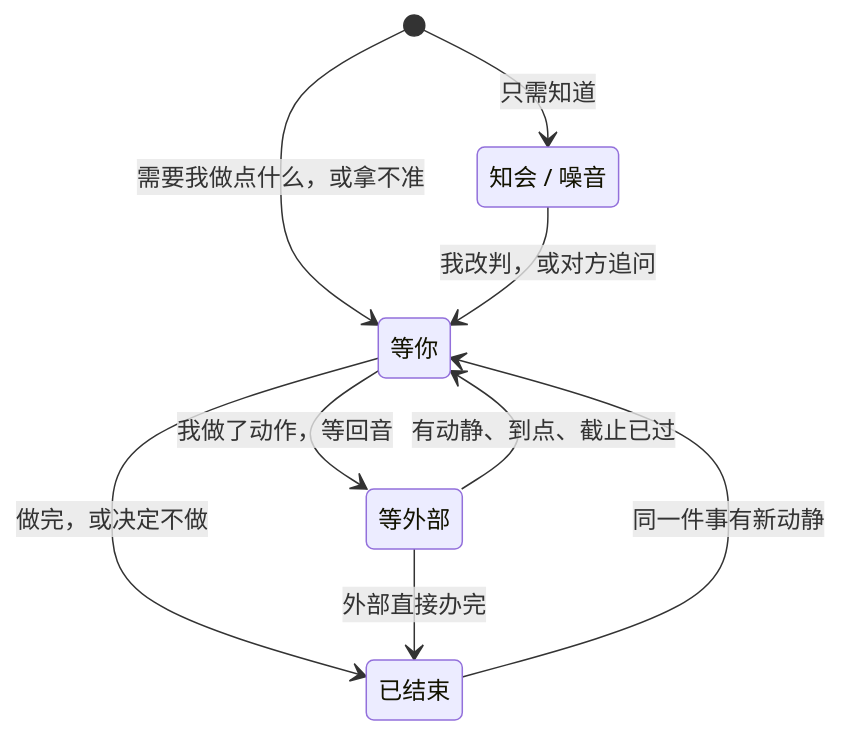
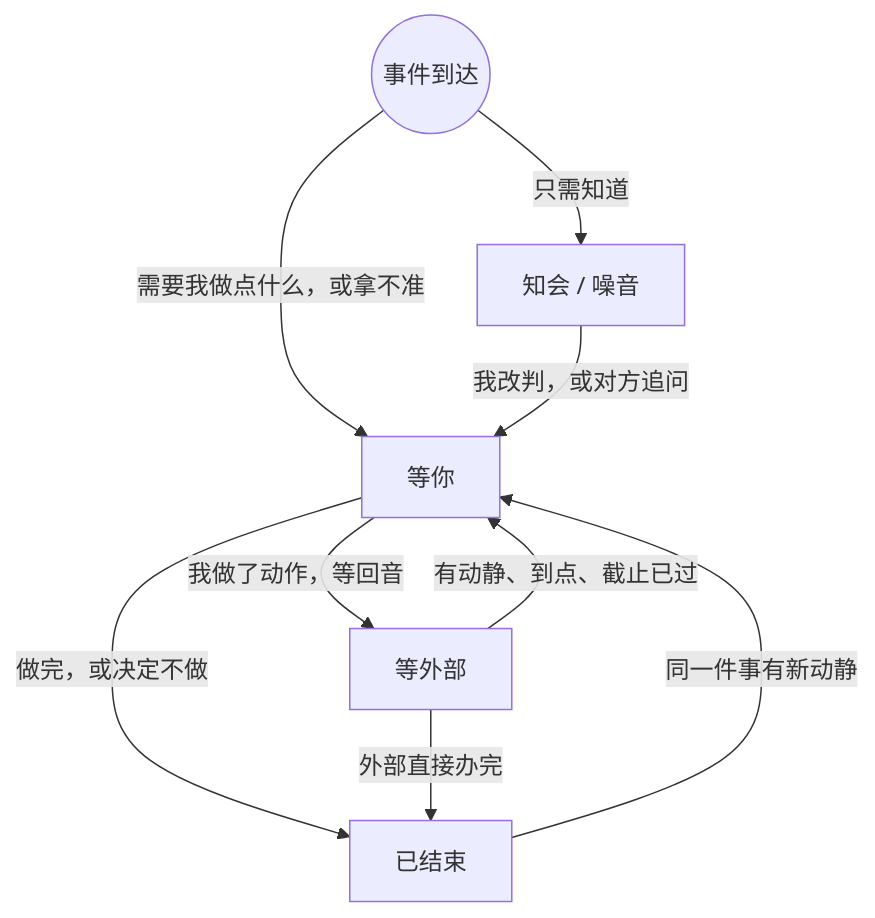
Before and after one commit to starding/pitbus: the diagram in README.md, drawn with Mermaid.

Commit message:
README：状态机改用 flowchart 纵向排布

````diff
--- a/README.md
+++ b/README.md
@@ -23,15 +23,11 @@
 ```mermaid
-stateDiagram-v2
-    state "等你" as mine
-    state "等外部" as theirs
-    state "已结束" as done
-    state "知会 / 噪音" as fyi
-    [*] --> mine: 需要我做点什么，或拿不准
-    [*] --> fyi: 只需知道
-    fyi --> mine: 我改判，或对方追问
-    mine --> theirs: 我做了动作，等回音
-    mine --> done: 做完，或决定不做
-    theirs --> mine: 有动静、到点、截止已过
-    theirs --> done: 外部直接办完
-    done --> mine: 同一件事有新动静
+flowchart TD
+    arrive(("事件到达")) -->|需要我做点什么，或拿不准| mine["等你"]
+    arrive -->|只需知道| fyi["知会 / 噪音"]
+    fyi -->|我改判，或对方追问| mine
+    mine -->|我做了动作，等回音| theirs["等外部"]
+    theirs -->|有动静、到点、截止已过| mine
+    mine -->|做完，或决定不做| done["已结束"]
+    theirs -->|外部直接办完| done
+    done -->|同一件事有新动静| mine
 ```
````
